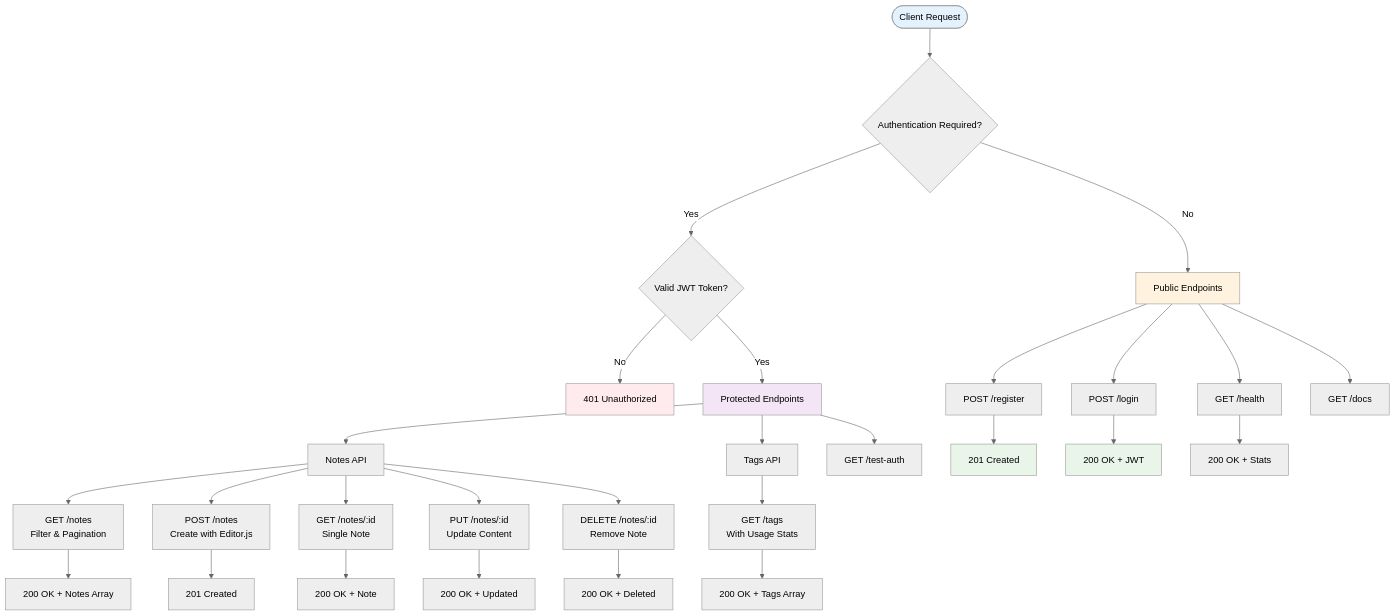
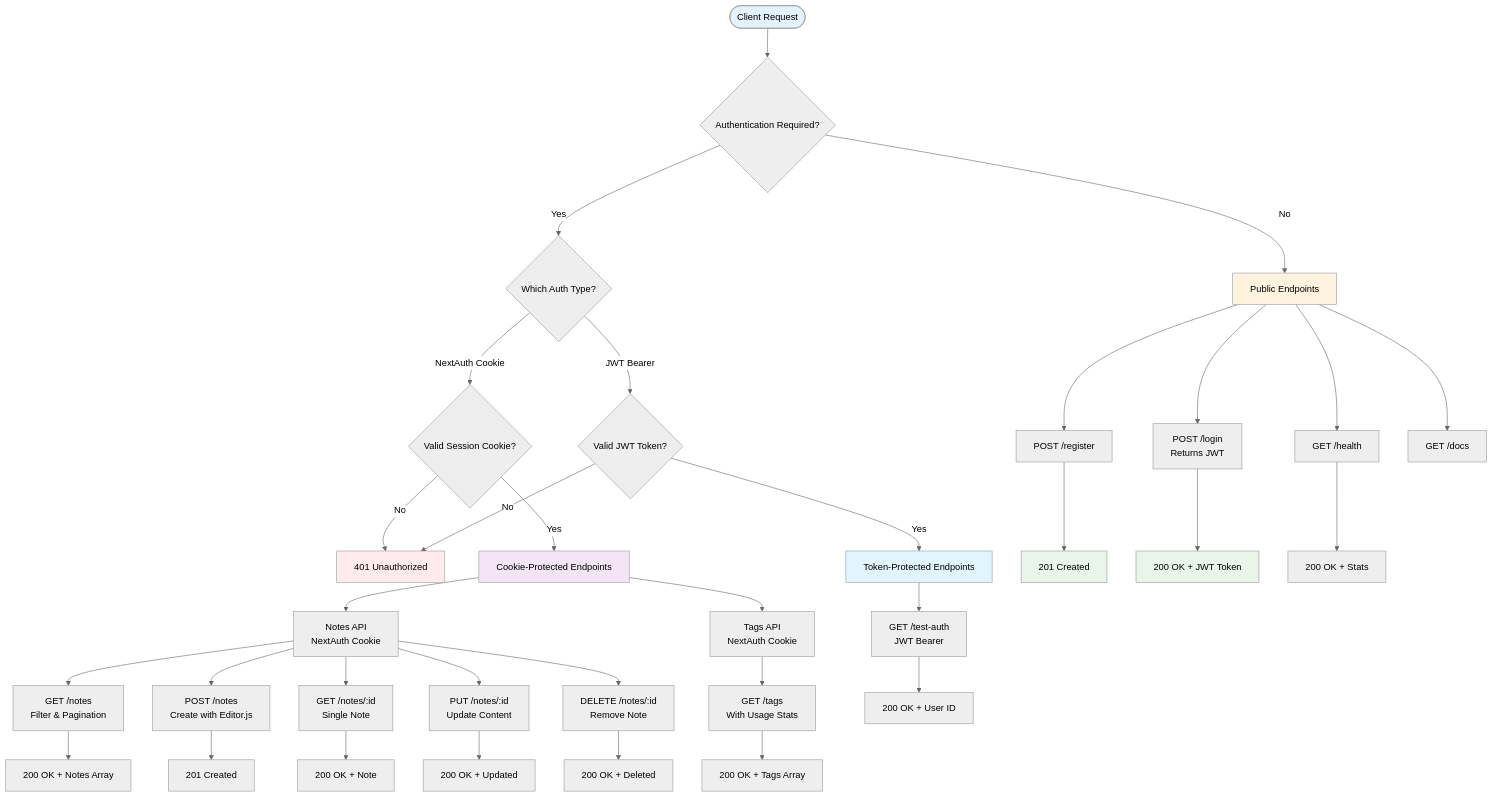
The third of 6 diagrams in docs/API_DOCUMENTATION.md (Chious/note-taking-web-app), drawn with Mermaid (neutral theme) before and after one commit. The commit also changed other lines of this file and 7 other files, not shown here.

````diff
--- a/docs/API_DOCUMENTATION.md
+++ b/docs/API_DOCUMENTATION.md
@@ -304,46 +333,53 @@
 ```mermaid
 flowchart TD
     Start([Client Request]) --> Auth{Authentication Required?}
 
     Auth -->|No| Public[Public Endpoints]
-    Auth -->|Yes| Token{Valid JWT Token?}
+    Auth -->|Yes| AuthType{Which Auth Type?}
 
-    Token -->|No| Unauthorized[401 Unauthorized]
-    Token -->|Yes| Protected[Protected Endpoints]
+    AuthType -->|NextAuth Cookie| Cookie{Valid Session Cookie?}
+    AuthType -->|JWT Bearer| Token{Valid JWT Token?}
+
+    Cookie -->|No| Unauthorized[401 Unauthorized]
+    Cookie -->|Yes| CookieProtected[Cookie-Protected Endpoints]
+    Token -->|No| Unauthorized
+    Token -->|Yes| TokenProtected[Token-Protected Endpoints]
 
     Public --> Register[POST /register]
-    Public --> Login[POST /login]
+    Public --> Login[POST /login<br/>Returns JWT]
     Public --> Health[GET /health]
     Public --> Docs[GET /docs]
 
-    Protected --> Notes[Notes API]
-    Protected --> Tags[Tags API]
-    Protected --> TestAuth[GET /test-auth]
+    CookieProtected --> Notes[Notes API<br/>NextAuth Cookie]
+    CookieProtected --> Tags[Tags API<br/>NextAuth Cookie]
+    TokenProtected --> TestAuth[GET /test-auth<br/>JWT Bearer]
 
     Notes --> GetNotes[GET /notes<br/>Filter & Pagination]
     Notes --> CreateNote[POST /notes<br/>Create with Editor.js]
     Notes --> GetNote[GET /notes/:id<br/>Single Note]
     Notes --> UpdateNote[PUT /notes/:id<br/>Update Content]
     Notes --> DeleteNote[DELETE /notes/:id<br/>Remove Note]
 
     Tags --> GetTags[GET /tags<br/>With Usage Stats]
 
     Register --> Success201[201 Created]
-    Login --> Success200[200 OK + JWT]
+    Login --> Success200[200 OK + JWT Token]
     Health --> HealthStatus[200 OK + Stats]
 
     GetNotes --> NotesResponse[200 OK + Notes Array]
     CreateNote --> NoteCreated[201 Created]
     GetNote --> NoteResponse[200 OK + Note]
     UpdateNote --> NoteUpdated[200 OK + Updated]
     DeleteNote --> NoteDeleted[200 OK + Deleted]
 
     GetTags --> TagsResponse[200 OK + Tags Array]
+    TestAuth --> AuthSuccess[200 OK + User ID]
 
     style Start fill:#e3f2fd
     style Unauthorized fill:#ffebee
     style Success201 fill:#e8f5e8
     style Success200 fill:#e8f5e8
     style Public fill:#fff3e0
-    style Protected fill:#f3e5f5
+    style CookieProtected fill:#f3e5f5
+    style TokenProtected fill:#e1f5fe
 ```
````
